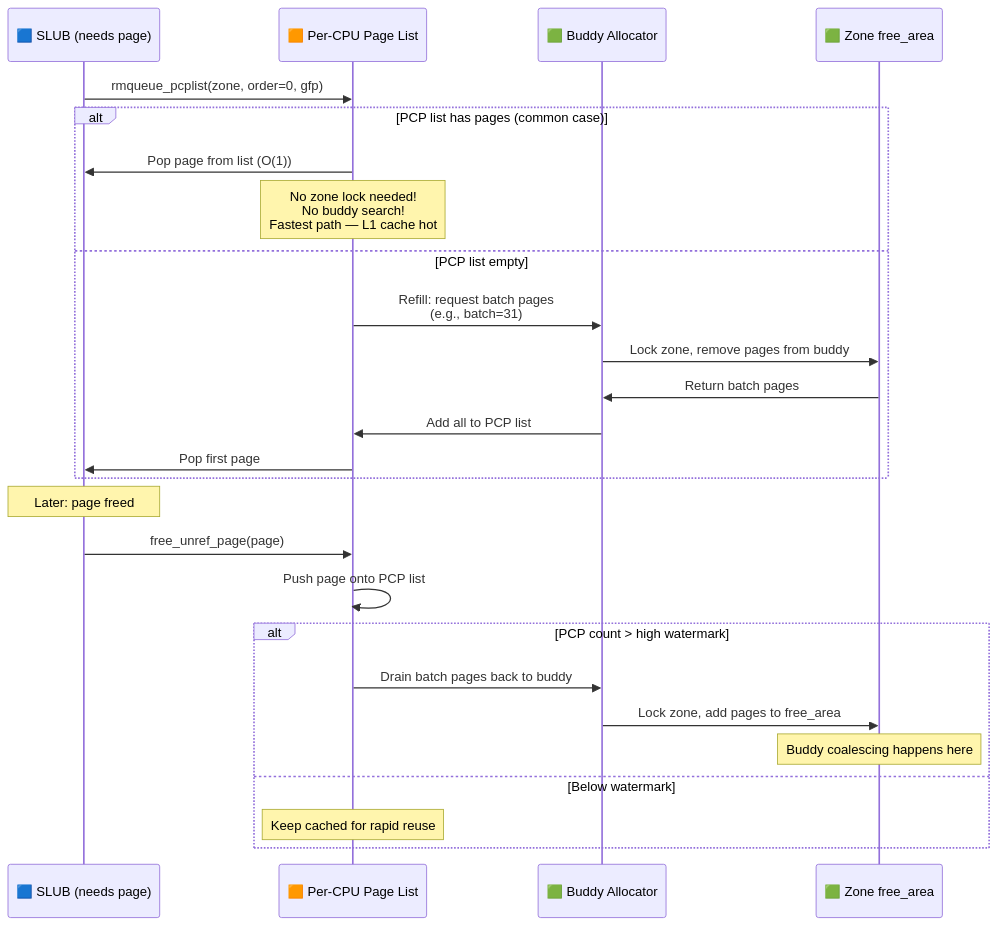
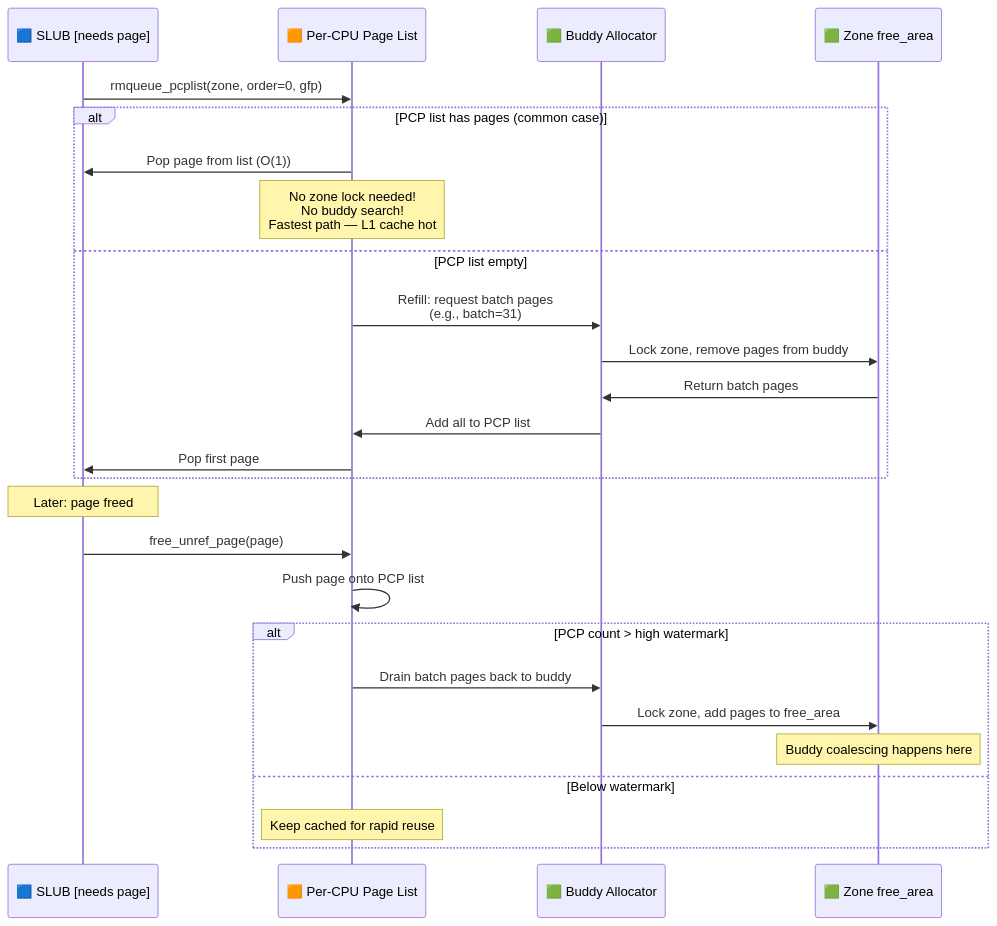
One commit to nilprajapati97/Linux changed the second of 2 diagrams in MemoryManagement/15_Per_CPU_Variables_and_Memory.md. Above: the diagram before and after it, drawn with Mermaid. The commit also changed other lines of this file and 68 other files, not shown here.

````diff
--- a/MemoryManagement/15_Per_CPU_Variables_and_Memory.md
+++ b/MemoryManagement/15_Per_CPU_Variables_and_Memory.md
@@ -586,33 +586,33 @@
 ```mermaid
 sequenceDiagram
-    participant SLAB as 🟦 SLUB (needs page)
+    participant SLAB as 🟦 SLUB [needs page]
     participant PCP as 🟧 Per-CPU Page List
     participant BUDDY as 🟩 Buddy Allocator
     participant ZONE as 🟩 Zone free_area
 
     SLAB->>PCP: rmqueue_pcplist(zone, order=0, gfp)
 
     alt PCP list has pages (common case)
         PCP->>SLAB: Pop page from list (O(1))
         Note over PCP: No zone lock needed!<br/>No buddy search!<br/>Fastest path — L1 cache hot
     else PCP list empty
         PCP->>BUDDY: Refill: request batch pages<br/>(e.g., batch=31)
         BUDDY->>ZONE: Lock zone, remove pages from buddy
         ZONE->>BUDDY: Return batch pages
         BUDDY->>PCP: Add all to PCP list
         PCP->>SLAB: Pop first page
     end
 
     Note over SLAB: Later: page freed
 
     SLAB->>PCP: free_unref_page(page)
     PCP->>PCP: Push page onto PCP list
 
     alt PCP count > high watermark
         PCP->>BUDDY: Drain batch pages back to buddy
         BUDDY->>ZONE: Lock zone, add pages to free_area
         Note over ZONE: Buddy coalescing happens here
     else Below watermark
         Note over PCP: Keep cached for rapid reuse
     end
 ```
````
